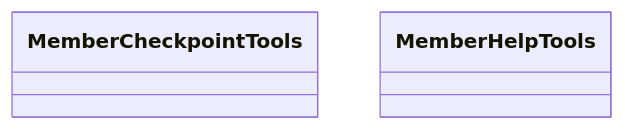
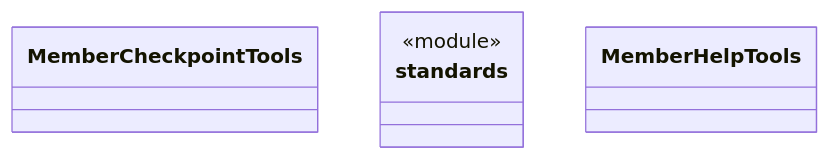
Before and after one commit to nan023062/cbim: the diagram in src/logic/tasks/rules/ARCHITECTURE.md, drawn with Mermaid. The commit also changed other lines of this file and 212 other files, not shown here.

````diff
--- a/src/logic/tasks/rules/ARCHITECTURE.md
+++ b/src/logic/tasks/rules/ARCHITECTURE.md
@@ -20,7 +21,11 @@
 ```mermaid
 classDiagram
 class N_7a45e92e8828["MemberCheckpointTools"]
 click N_7a45e92e8828 href "member-checkpoint-tools.ts"
+class N_319fed2a00c7["standards"] {
+  <<module>>
+}
+click N_319fed2a00c7 href "standards.ts"
 class N_55acefacaaa4["MemberHelpTools"]
 click N_55acefacaaa4 href "member-help-tools.ts"
 ```
````
